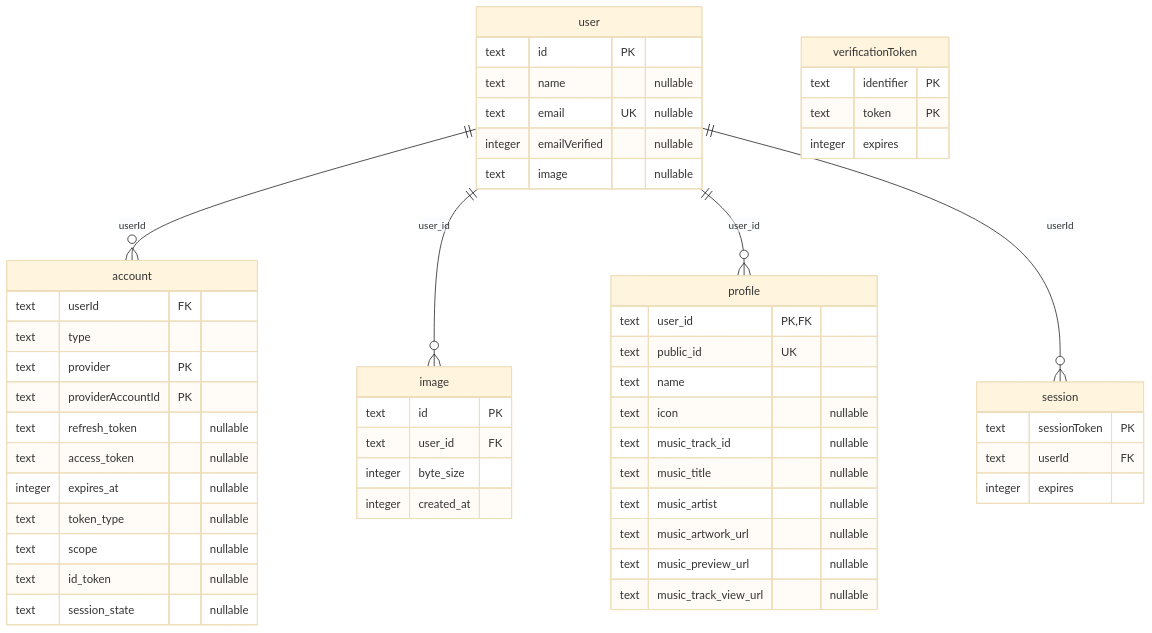
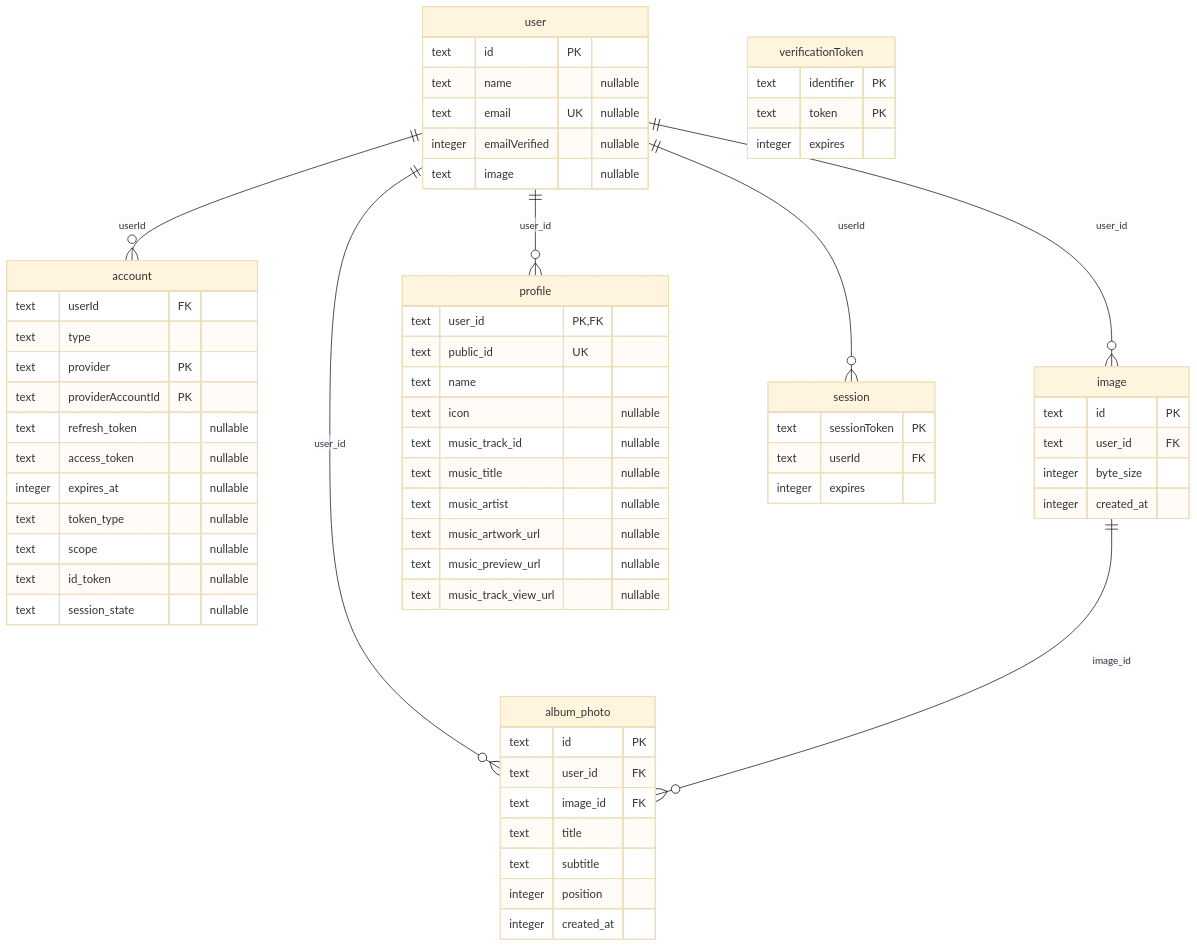
Before and after one commit to nito-008/oheya: the diagram in docs/er.md, drawn with Mermaid (base theme). The commit also changed 9 other files, not shown here.

````diff
--- a/docs/er.md
+++ b/docs/er.md
@@ -6,55 +6,66 @@
 ```mermaid
 erDiagram
   account {
     text userId FK
     text type
     text provider PK
     text providerAccountId PK
     text refresh_token "nullable"
     text access_token "nullable"
     integer expires_at "nullable"
     text token_type "nullable"
     text scope "nullable"
     text id_token "nullable"
     text session_state "nullable"
+  }
+  album_photo {
+    text id PK
+    text user_id FK
+    text image_id FK
+    text title
+    text subtitle
+    integer position
+    integer created_at
   }
   image {
     text id PK
     text user_id FK
     integer byte_size
     integer created_at
   }
   profile {
     text user_id PK,FK
     text public_id UK
     text name
     text icon "nullable"
     text music_track_id "nullable"
     text music_title "nullable"
     text music_artist "nullable"
     text music_artwork_url "nullable"
     text music_preview_url "nullable"
     text music_track_view_url "nullable"
   }
   session {
     text sessionToken PK
     text userId FK
     integer expires
   }
   user {
     text id PK
     text name "nullable"
     text email UK "nullable"
     integer emailVerified "nullable"
     text image "nullable"
   }
   verificationToken {
     text identifier PK
     text token PK
     integer expires
   }
   user ||--o{ account : "userId"
+  user ||--o{ album_photo : "user_id"
+  image ||--o{ album_photo : "image_id"
   user ||--o{ image : "user_id"
   user ||--o{ profile : "user_id"
   user ||--o{ session : "userId"
 ```
````
